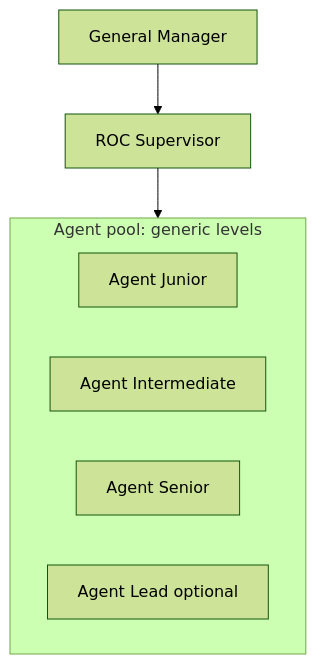
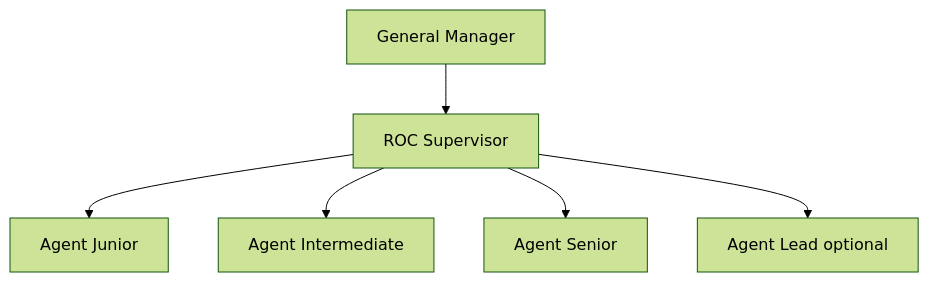
One commit to r-gismondi/marine-technologies-roc changed the diagram in docs/org/org-chart.md. Above: the diagram before and after it, drawn with Mermaid (forest theme).

Commit message:
Lay out Agent levels beside each other under the Supervisor
Show Junior, Intermediate, Senior, and optional Lead as peer reports so the org chart matches the ROC reporting line.

````diff
--- a/docs/org/org-chart.md
+++ b/docs/org/org-chart.md
@@ -11,13 +11,10 @@
 ```mermaid
 flowchart TB
   GM[General Manager]
   SUP[ROC Supervisor]
   GM --> SUP
-  subgraph agents [Agent pool: generic levels]
-    AJ[Agent Junior]
-    AI[Agent Intermediate]
-    AS[Agent Senior]
-    AL[Agent Lead optional]
-  end
-  SUP --> agents
+  SUP --> AJ[Agent Junior]
+  SUP --> AI[Agent Intermediate]
+  SUP --> AS[Agent Senior]
+  SUP --> AL[Agent Lead optional]
 ```
````
